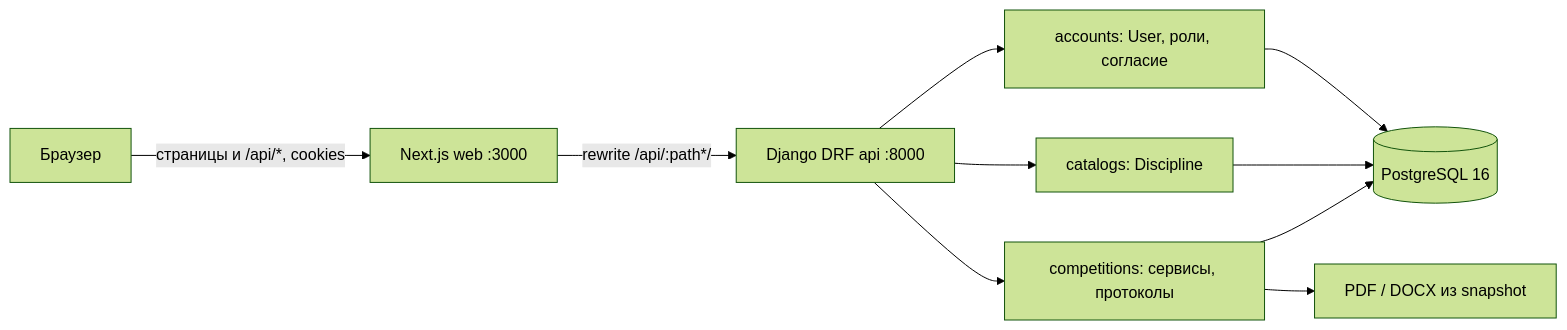
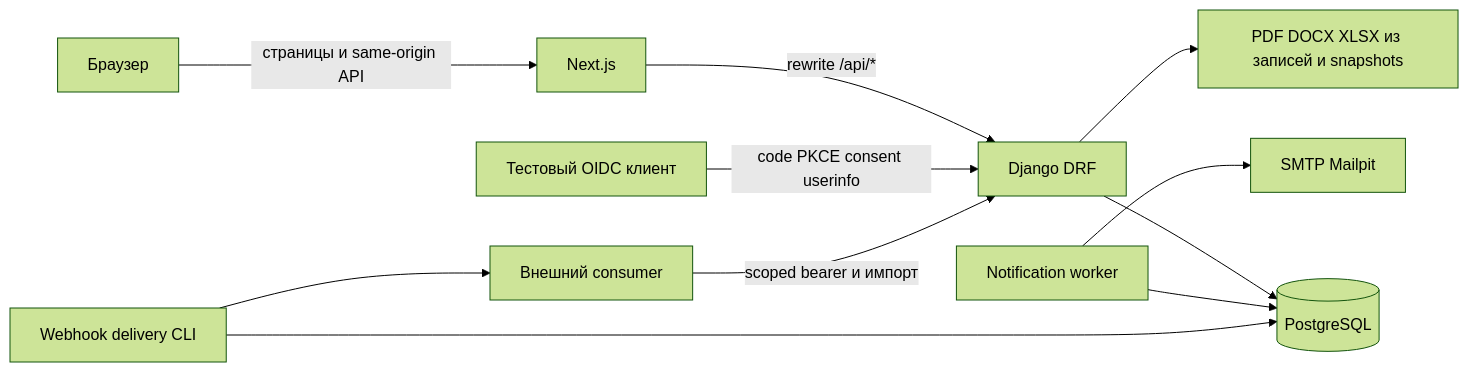
The diagram in docs/team/ARCHITECTURE.md (orenfsp/orencode-protogx), drawn with Mermaid (forest theme) before and after one commit. The commit also changed other lines of this file and 26 other files, not shown here.

````diff
--- a/docs/team/ARCHITECTURE.md
+++ b/docs/team/ARCHITECTURE.md
@@ -5,12 +7,13 @@
 ```mermaid
 flowchart LR
-  B[Браузер] -->|страницы и /api/*, cookies| W[Next.js web :3000]
-  W -->|rewrite /api/:path*/| A[Django DRF api :8000]
-  A --> AC[accounts: User, роли, согласие]
-  A --> CA[catalogs: Discipline]
-  A --> CO[competitions: сервисы, протоколы]
-  AC --> DB[(PostgreSQL 16)]
-  CA --> DB
-  CO --> DB
-  CO --> EX[PDF / DOCX из snapshot]
+  B[Браузер] -->|страницы и same-origin API| W[Next.js]
+  W -->|rewrite /api/*| A[Django DRF]
+  RP[Тестовый OIDC клиент] -->|code PKCE consent userinfo| A
+  EXT[Внешний consumer] -->|scoped bearer и импорт| A
+  A --> D[(PostgreSQL)]
+  A --> F[PDF DOCX XLSX из записей и snapshots]
+  N[Notification worker] --> D
+  N --> M[SMTP Mailpit]
+  H[Webhook delivery CLI] --> D
+  H --> EXT
 ```
````
